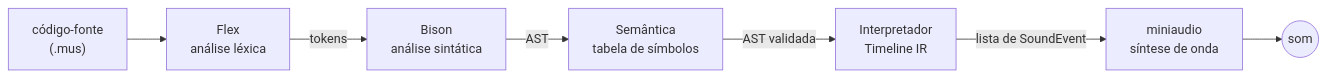
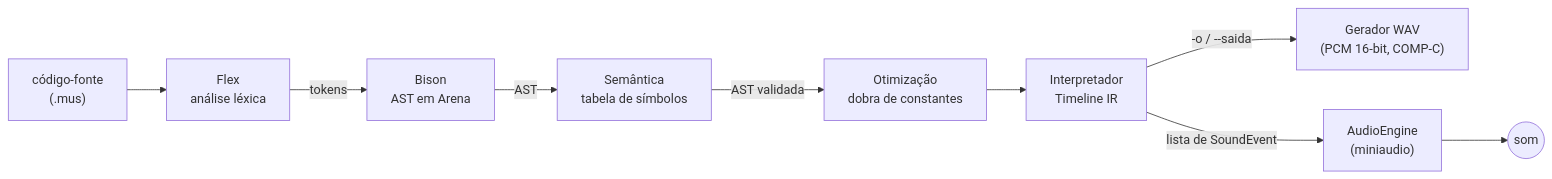
The diagram in docs/index.md (Interpretador-Musical/Grupo03-COMP01), drawn with Mermaid before and after one commit. The commit also changed other lines of this file and 3 other files, not shown here.

````diff
--- a/docs/index.md
+++ b/docs/index.md
@@ -43,9 +43,11 @@
 ```mermaid
 flowchart LR
   A["código-fonte<br/>(.mus)"] --> B["Flex<br/>análise léxica"]
-  B -- tokens --> C["Bison<br/>análise sintática"]
+  B -- tokens --> C["Bison<br/>AST em Arena"]
   C -- AST --> D["Semântica<br/>tabela de símbolos"]
-  D -- "AST validada" --> E["Interpretador<br/>Timeline IR"]
-  E -- "lista de SoundEvent" --> F["miniaudio<br/>síntese de onda"]
+  D -- "AST validada" --> O["Otimização<br/>dobra de constantes"]
+  O --> E["Interpretador<br/>Timeline IR"]
+  E -- "-o / --saida" --> W["Gerador WAV<br/>(PCM 16-bit, COMP-C)"]
+  E -- "lista de SoundEvent" --> F["AudioEngine<br/>(miniaudio)"]
   F --> G(("som"))
 ```
````
